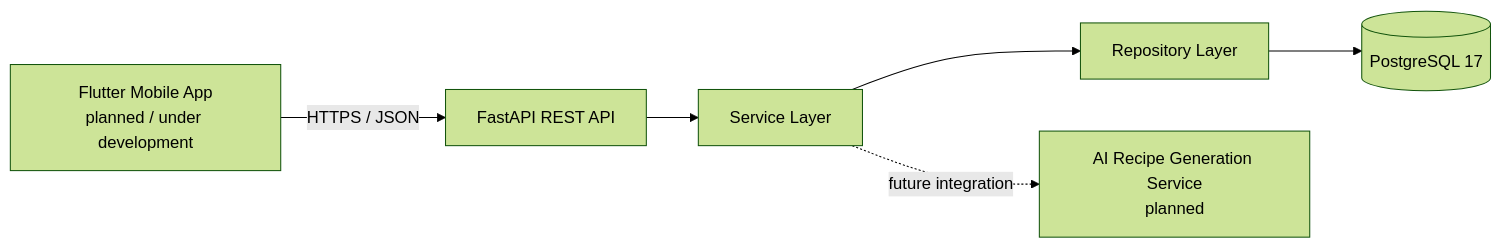
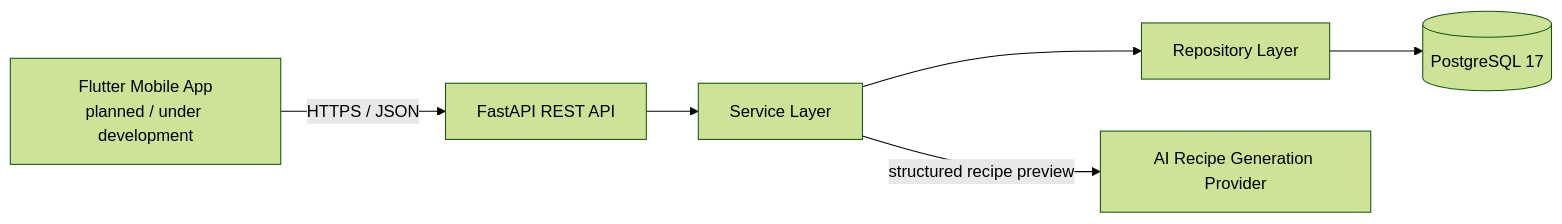
One commit to Pavel404-dev/Mealio changed the diagram in README.md. Above: the diagram before and after it, drawn with Mermaid (forest theme). The commit also changed other lines of this file and 16 other files, not shown here.

First line of the commit message:
feat(ai-recipes): add recipe generation preview endpoint (#119)

````diff
--- a/README.md
+++ b/README.md
@@ -74,15 +75,15 @@
 ```mermaid
 flowchart LR
     Mobile["Flutter Mobile App<br/>planned / under development"]
     API["FastAPI REST API"]
     Services["Service Layer"]
     Repositories["Repository Layer"]
     Database[("PostgreSQL 17")]
-    AI["AI Recipe Generation Service<br/>planned"]
+    AI["AI Recipe Generation Provider"]
 
     Mobile -->|"HTTPS / JSON"| API
     API --> Services
     Services --> Repositories
     Repositories --> Database
-    Services -.->|"future integration"| AI
+    Services -->|"structured recipe preview"| AI
 ```
````
